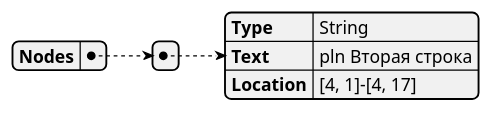
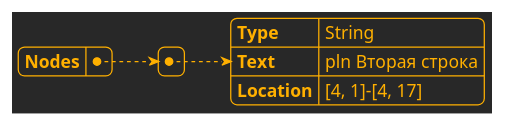
The second of 3 diagrams in Application/MURQ.URQL/docs/URQL parsing.md (realsonic/MURQ), drawn with PlantUML before and after one commit. The commit also changed other lines of this file, not shown here.

Commit message:
#108 Приятная тема для plantuml json диаграмм

````diff
--- a/Application/MURQ.URQL/docs/URQL parsing.md
+++ b/Application/MURQ.URQL/docs/URQL parsing.md
@@ -121,13 +122,14 @@
 ```plantuml
 @startjson
+!theme crt-amber
 {
   "Nodes": [
     {
       "Type": "String",
       "Text": "pln Вторая строка",
       "Location": "[4, 1]-[4, 17]"
     }
   ]
 }
 @endjson
 ```
````
